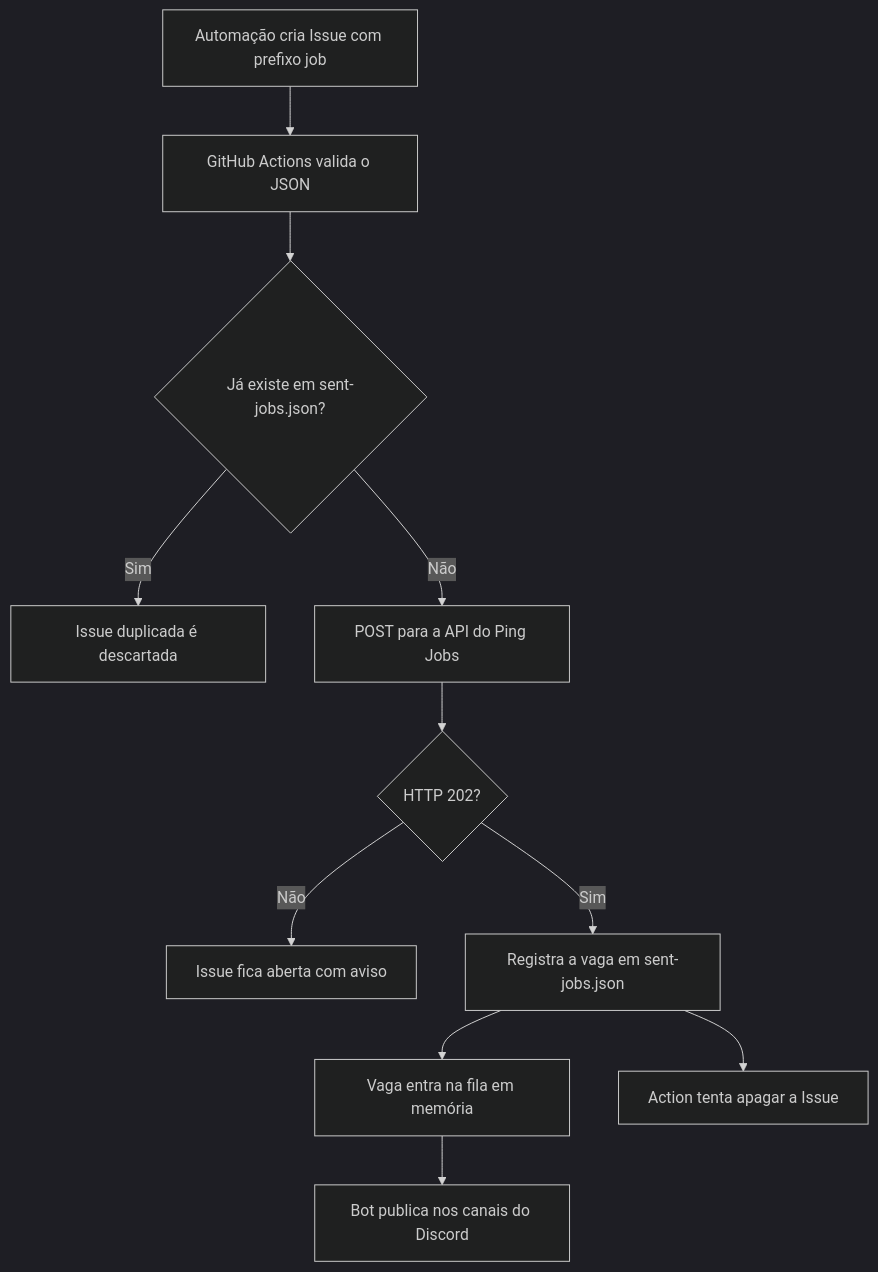
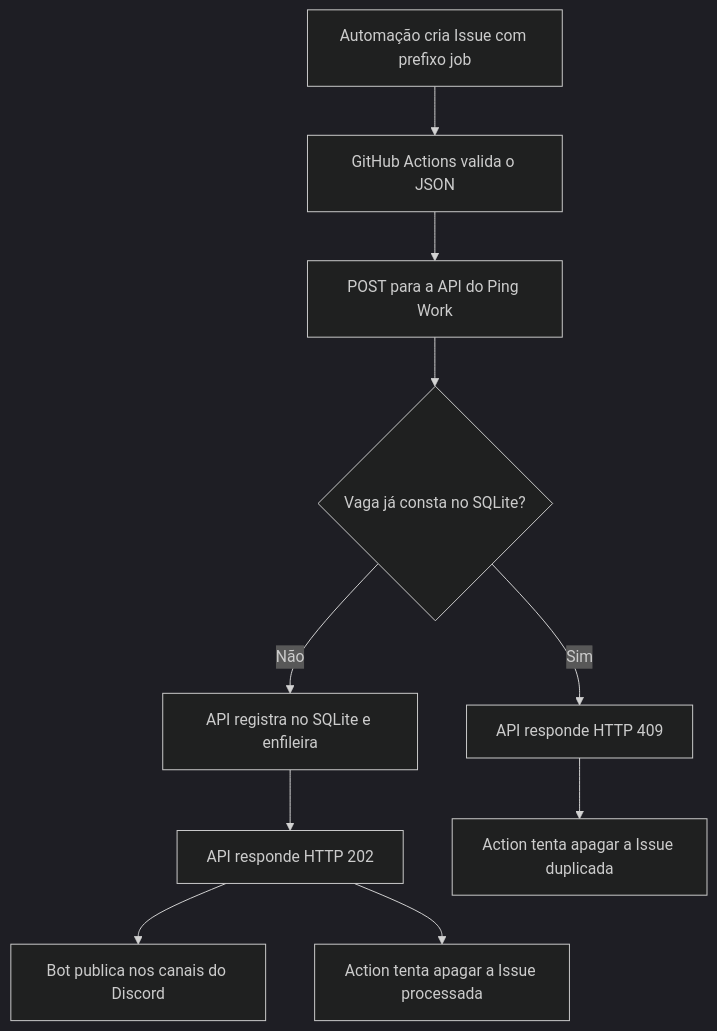
One commit to Zelchi/ping-jobs changed the diagram in readme.md. Above: the diagram before and after it, drawn with Mermaid (dark theme). The commit also changed other lines of this file and 12 other files, not shown here.

Commit message:
feat: deduplicate jobs with SQLite

````diff
--- a/readme.md
+++ b/readme.md
@@ -24,13 +24,12 @@
 ```mermaid
 flowchart TD
     A[Automação cria Issue com prefixo job] --> B[GitHub Actions valida o JSON]
-    B --> C{Já existe em sent-jobs.json?}
-    C -- Sim --> D[Issue duplicada é descartada]
-    C -- Não --> E[POST para a API do Ping Jobs]
-    E --> F{HTTP 202?}
-    F -- Não --> G[Issue fica aberta com aviso]
-    F -- Sim --> H[Registra a vaga em sent-jobs.json]
-    H --> I[Vaga entra na fila em memória]
-    I --> J[Bot publica nos canais do Discord]
-    H --> K[Action tenta apagar a Issue]
+    B --> C[POST para a API do Ping Work]
+    C --> D{Vaga já consta no SQLite?}
+    D -- Sim --> E[API responde HTTP 409]
+    D -- Não --> F[API registra no SQLite e enfileira]
+    F --> G[API responde HTTP 202]
+    G --> H[Bot publica nos canais do Discord]
+    E --> I[Action tenta apagar a Issue duplicada]
+    G --> J[Action tenta apagar a Issue processada]
 ```
````
